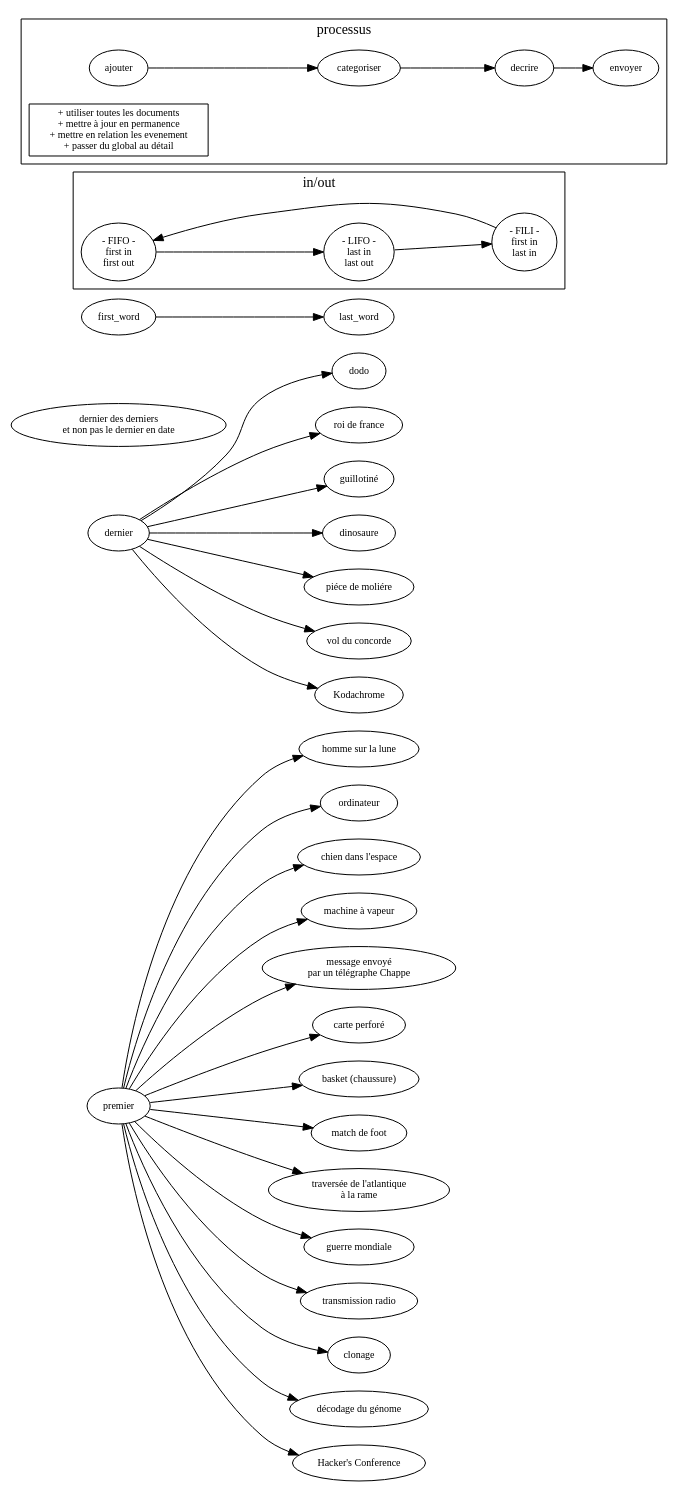
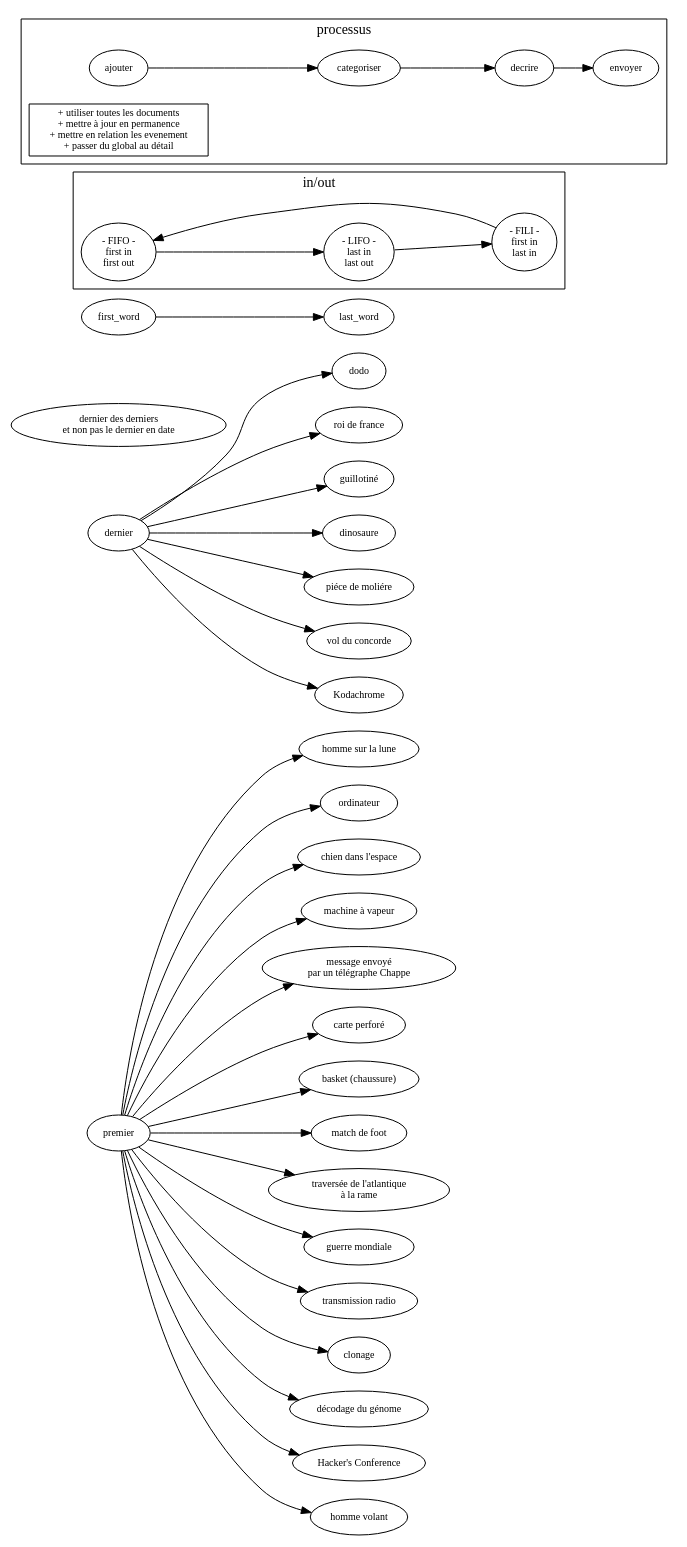
Before and after one commit to ensad-nancy/first-last: the diagram in sujet.dot, drawn with Graphviz.

Commit message:
+first -> "homme volant"

```diff
--- a/sujet.dot
+++ b/sujet.dot
@@ -1,67 +1,68 @@
 digraph {
 
 	layout= "dot"
 	
 
 	fontname="myriadpro"
 	fontsize = 14
 	rankdir="LR"
 	
 	
 	node [fontname="myriadpro", fontsize = 10]
 	edge [fontname="monaco", fontsize = 9]
 	
 	first [label="premier"]
 	last [label="dernier"]
 
 	"dernier des derniers\n et non pas le dernier en date" 
 
 	first -> "homme sur la lune"
 	first -> "ordinateur"
 	first -> "chien dans l'espace"
 	first -> "machine à vapeur"
 	first -> "message envoyé\npar un télégraphe Chappe"
 	first -> "carte perforé"
 	first -> "basket (chaussure)"
 	first -> "match de foot"
 	first -> "traversée de l'atlantique\nà la rame"
 	first -> "guerre mondiale"
 	first -> "transmission radio"
 	first -> "clonage"
 	first -> "décodage du génome"
 	first -> "Hacker's Conference"
+	first -> "homme volant"
 	
 	last -> dodo
 	last -> "roi de france"
 	last -> "guillotiné"
 	last -> "dinosaure"
 	last -> "piéce de moliére"
 	last -> "vol du concorde"
 	last -> "Kodachrome"
 
 	first_word -> last_word
 	subgraph cluster_FO{
 	
 		label="in/out"
 		
 		FIFO [label="- FIFO -\nfirst in\nfirst out"]
 		LIFO [label="- LIFO -\nlast in\nlast out"]
 		FILI [label="- FILI -\nfirst in\n last in"]
 
 		FILI -> FIFO -> LIFO -> FILI
 	}
 	
 	subgraph cluster_process {
 		
 		label="processus"
 		
 		//get [label="récolter"]
 		
 		ajouter -> categoriser -> decrire -> envoyer
 		
 		"+ utiliser toutes les documents
 + mettre à jour en permanence
 + mettre en relation les evenement
 + passer du global au détail" [ shape=box]
 	}
 }
```
